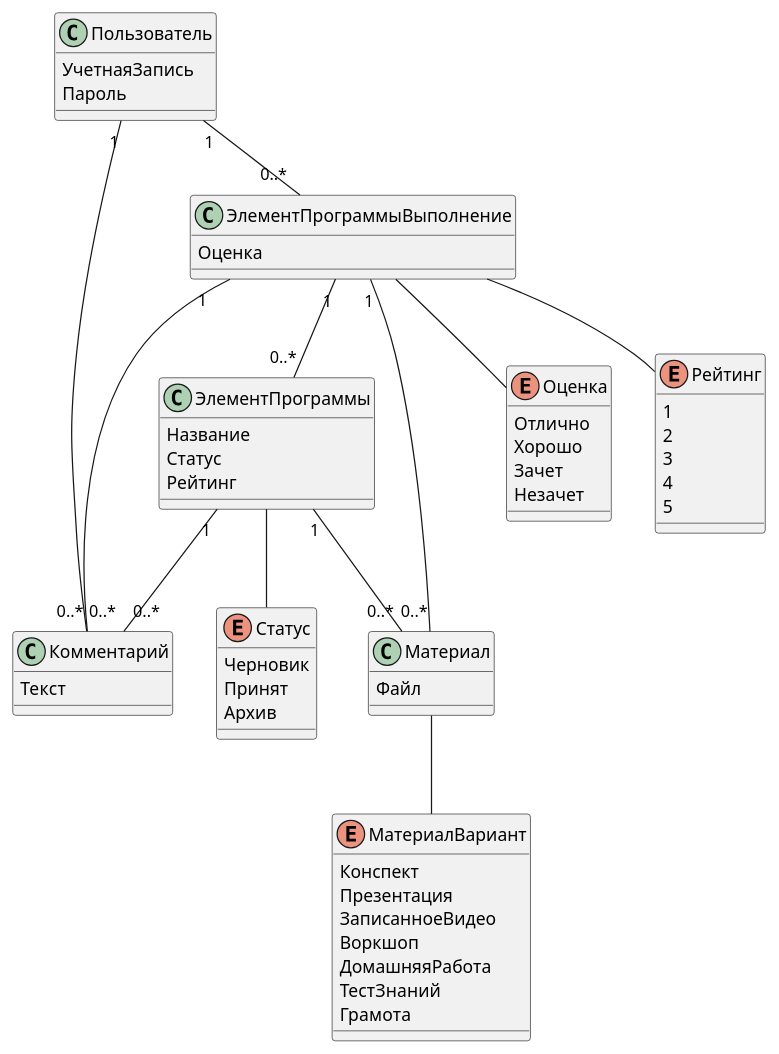
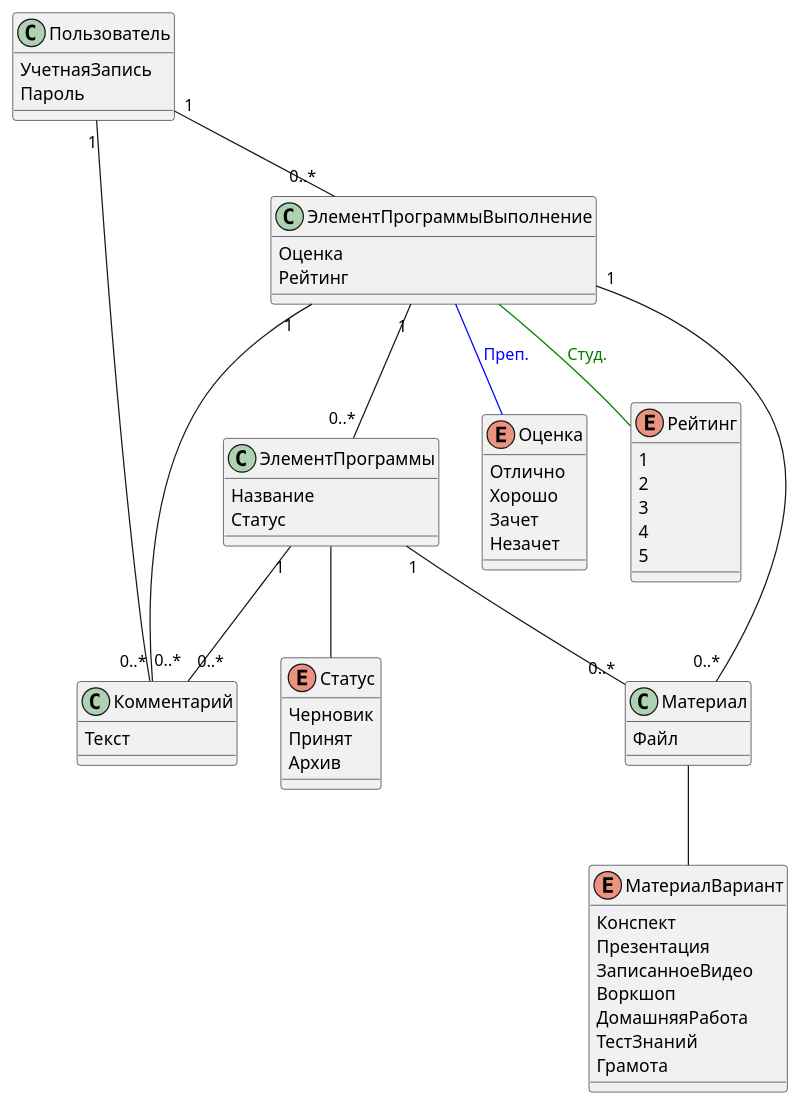
The third of 3 diagrams in docs/domain/model.md (karpoftea/mts-kata-2023), drawn with PlantUML before and after one commit. The commit also changed 1 other file, not shown here.

Commit message:
Добавил вопросы

```diff
--- a/docs/domain/model.md
+++ b/docs/domain/model.md
@@ -201,9 +201,10 @@
 class ЭлементПрограммыВыполнение 
     {
         Оценка
+        Рейтинг
     }
 
-ЭлементПрограммыВыполнение -- Оценка
+ЭлементПрограммыВыполнение -- Оценка #line:blue;text:blue : Преп.
 
 enum Оценка
     {
@@ -213,7 +214,7 @@
         Незачет
     }
 
-ЭлементПрограммыВыполнение -- Рейтинг
+ЭлементПрограммыВыполнение -- Рейтинг #line:green;text:green : Студ.
 
 enum Рейтинг
     {
@@ -239,7 +240,6 @@
     {
         Название
         Статус
-        Рейтинг
     }
 
 ЭлементПрограммы -- Статус
```
